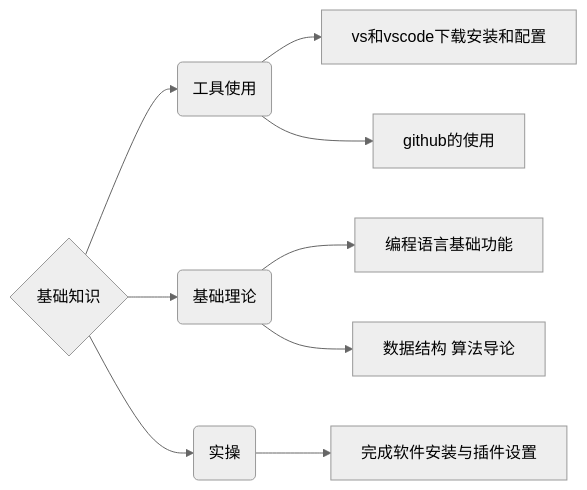
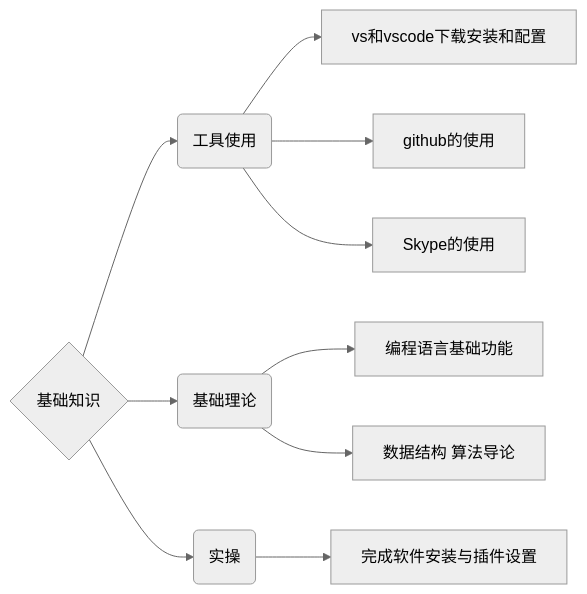
Before and after one commit to AngleOldPig/ZangZang-s-Coding-Course: the first of 2 diagrams in README.md, drawn with Mermaid (neutral theme). The commit also changed 1 other file, not shown here.

Commit message:
update skype

````diff
--- a/README.md
+++ b/README.md
@@ -54,11 +54,12 @@
 ```mermaid
 graph LR
 A{基础知识} --> B(工具使用)
         B --> C[vs和vscode下载安装和配置]
         B --> D[github的使用]
+        B --> J[Skype的使用]
         A --> E(基础理论)
         E --> F[编程语言基础功能]
         E --> G[数据结构 算法导论]
         A --> H(实操)
         H --> I[完成软件安装与插件设置]
 ```
````
